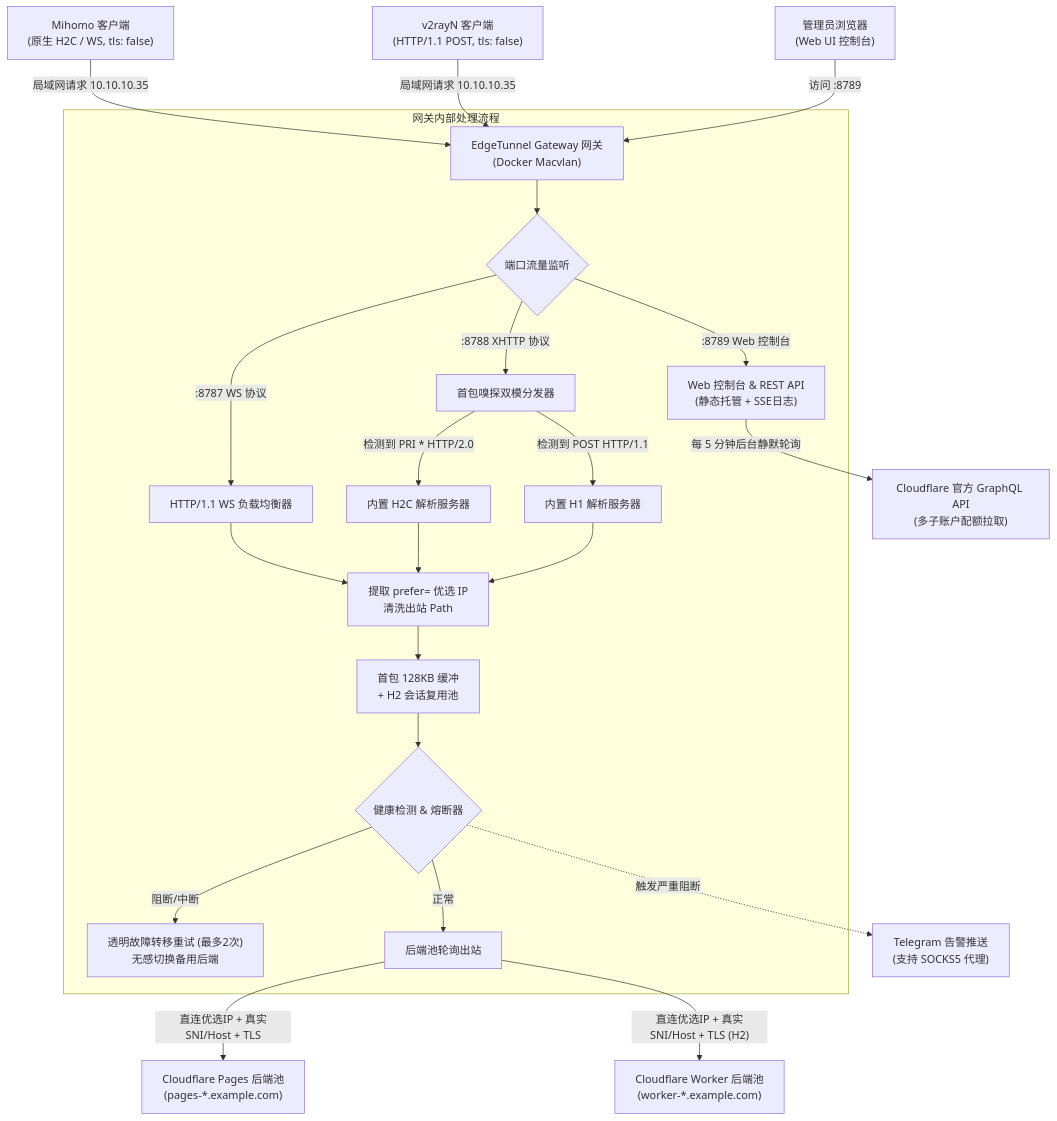
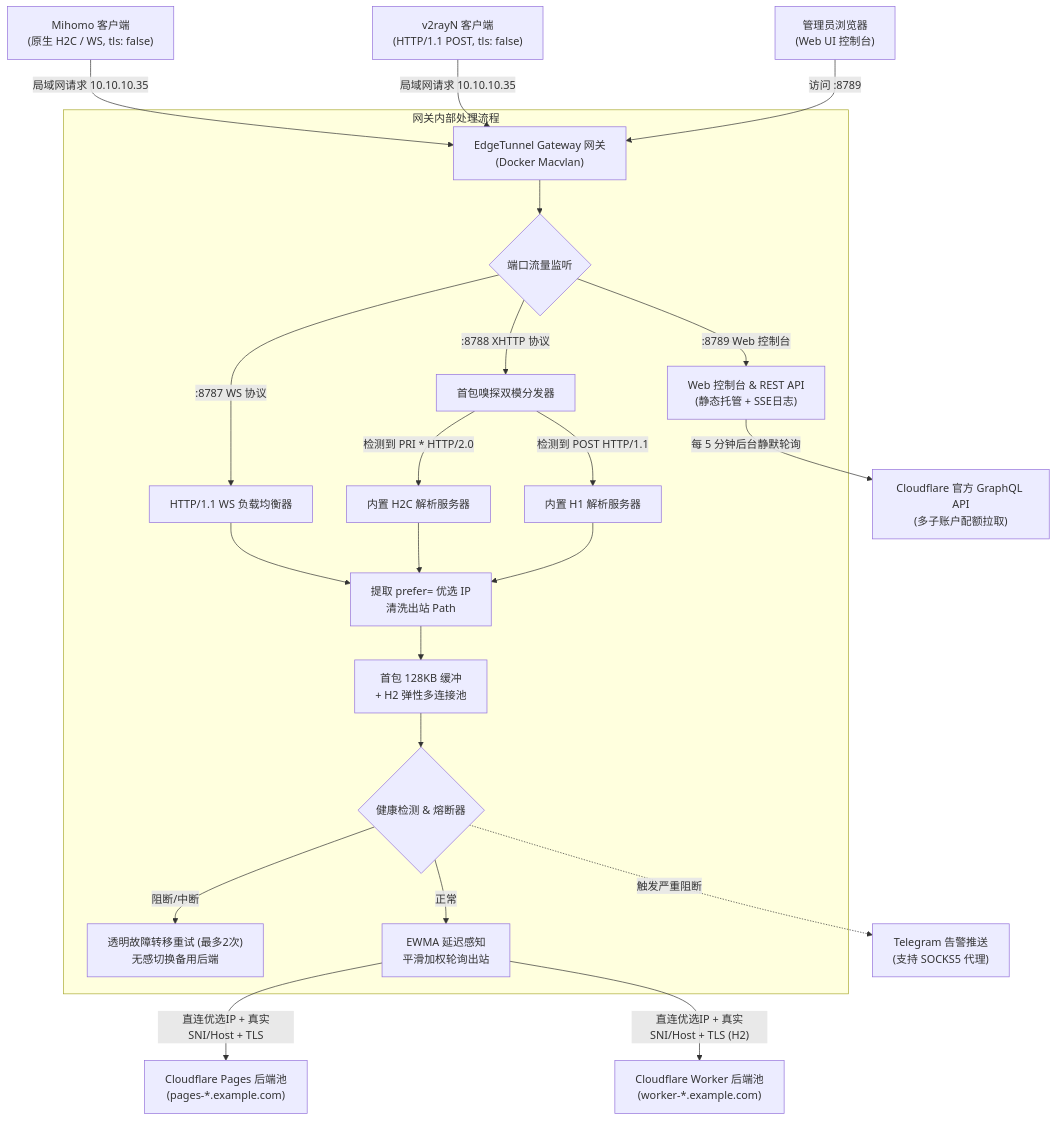
Before and after one commit to CMSZ001/edgetunnel-gateway: the diagram in README.md, drawn with Mermaid. The commit also changed other lines of this file, not shown here.

Commit message:
docs: document H2 elastic multi-session pool and EWMA smooth weighted routing

````diff
--- a/README.md
+++ b/README.md
@@ -45,30 +50,30 @@
 ```mermaid
 graph TD
     Client1["Mihomo 客户端<br/>(原生 H2C / WS, tls: false)"] -->|局域网请求 10.10.10.35| GW["EdgeTunnel Gateway 网关<br/>(Docker Macvlan)"]
     Client2["v2rayN 客户端<br/>(HTTP/1.1 POST, tls: false)"] -->|局域网请求 10.10.10.35| GW
     Browser["管理员浏览器<br/>(Web UI 控制台)"] -->|访问 :8789| GW
 
     subgraph 网关内部处理流程
         GW --> Sniff{"端口流量监听"}
         Sniff -->|:8787 WS 协议| H1Server["HTTP/1.1 WS 负载均衡器"]
         Sniff -->|:8788 XHTTP 协议| LoopbackMux["首包嗅探双模分发器"]
         Sniff -->|:8789 Web 控制台| WebUI["Web 控制台 & REST API<br/>(静态托管 + SSE日志)"]
         
         LoopbackMux -->|检测到 PRI * HTTP/2.0| IsolatedH2["内置 H2C 解析服务器"]
         LoopbackMux -->|检测到 POST HTTP/1.1| IsolatedH1["内置 H1 解析服务器"]
         
         H1Server --> Extract["提取 prefer= 优选 IP<br/>清洗出站 Path"]
         IsolatedH2 --> Extract
         IsolatedH1 --> Extract
         
-        Extract --> BufferCheck["首包 128KB 缓冲<br/>+ H2 会话复用池"]
+        Extract --> BufferCheck["首包 128KB 缓冲<br/>+ H2 弹性多连接池"]
         BufferCheck --> HealthCheck{"健康检测 & 熔断器"}
         HealthCheck -->|阻断/中断| Failover["透明故障转移重试 (最多2次)<br/>无感切换备用后端"]
-        HealthCheck -->|正常| LB["后端池轮询出站"]
+        HealthCheck -->|正常| LB["EWMA 延迟感知<br/>平滑加权轮询出站"]
     end
 
     LB -->|"直连优选IP + 真实SNI/Host + TLS"| CF_Pages["Cloudflare Pages 后端池<br/>(pages-*.example.com)"]
     LB -->|"直连优选IP + 真实SNI/Host + TLS (H2)"| CF_Worker["Cloudflare Worker 后端池<br/>(worker-*.example.com)"]
     WebUI -->|每 5 分钟后台静默轮询| CF_API["Cloudflare 官方 GraphQL API<br/>(多子账户配额拉取)"]
     HealthCheck -.->|触发严重阻断| TG["Telegram 告警推送<br/>(支持 SOCKS5 代理)"]
 ```
````
